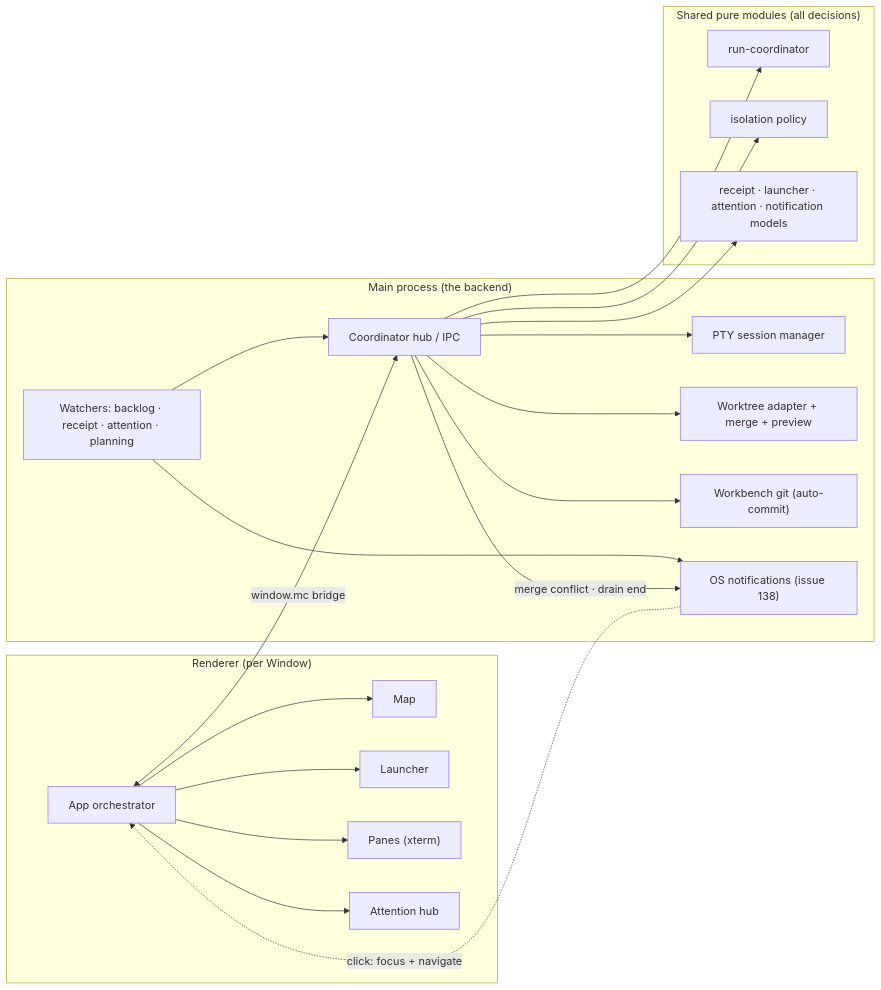
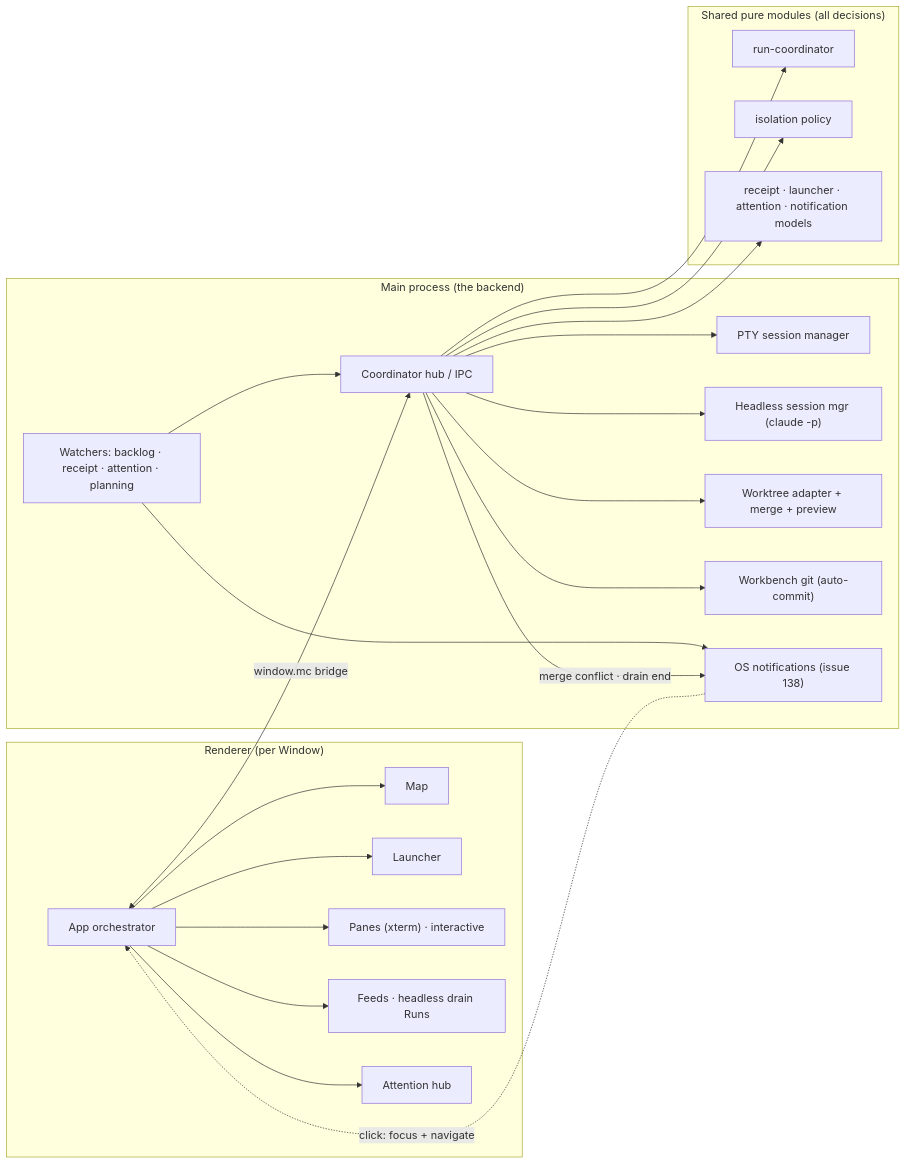
The first of 4 diagrams in docs/ARCHITECTURE.md (diegodjty/mission-control), drawn with Mermaid before and after one commit. The commit also changed other lines of this file and 13 other files, not shown here.

````diff
--- a/docs/ARCHITECTURE.md
+++ b/docs/ARCHITECTURE.md
@@ -14,28 +14,30 @@
 ```mermaid
 flowchart LR
   subgraph R["Renderer (per Window)"]
     APP["App orchestrator"] --> MAP["Map"]
     APP --> LCH["Launcher"]
-    APP --> PANE["Panes (xterm)"]
+    APP --> PANE["Panes (xterm) · interactive"]
+    APP --> FEED["Feeds · headless drain Runs"]
     APP --> ATT["Attention hub"]
   end
   subgraph M["Main process (the backend)"]
     HUB["Coordinator hub / IPC"]
     PTY["PTY session manager"]
+    HEADLESS["Headless session mgr (claude -p)"]
     WATCH["Watchers: backlog · receipt · attention · planning"]
     GITA["Worktree adapter + merge + preview"]
     WB["Workbench git (auto-commit)"]
     NOTIFY["OS notifications (issue 138)"]
   end
   subgraph S["Shared pure modules (all decisions)"]
     COORD["run-coordinator"]
     ISO["isolation policy"]
     MODELS["receipt · launcher · attention · notification models"]
   end
   APP <-->|"window.mc bridge"| HUB
-  HUB --> PTY & GITA & WB
+  HUB --> PTY & HEADLESS & GITA & WB
   WATCH --> HUB & NOTIFY
   HUB --> COORD & ISO & MODELS
   HUB -->|"merge conflict · drain end"| NOTIFY
   NOTIFY -.->|"click: focus + navigate"| APP
 ```
````
